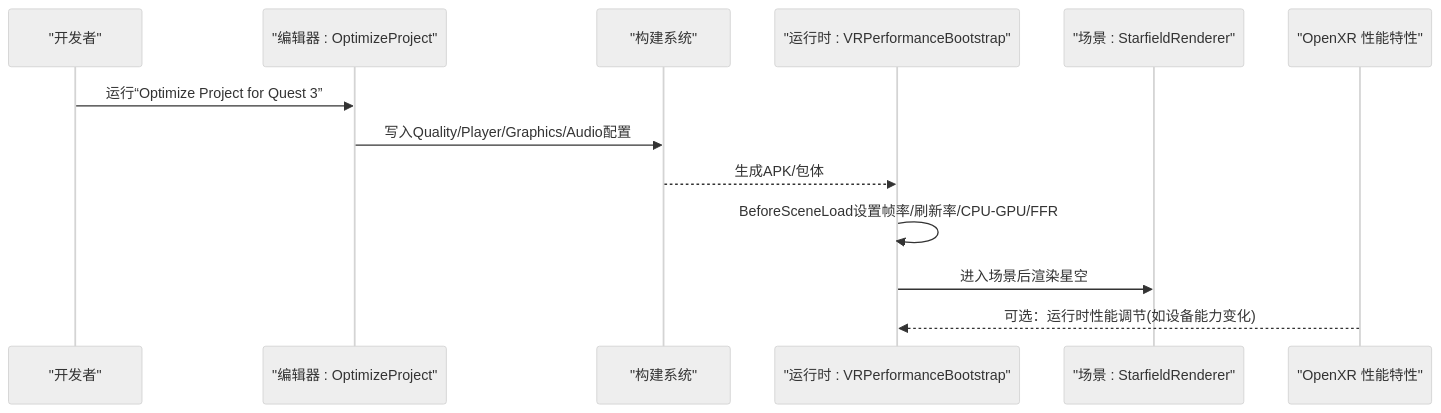
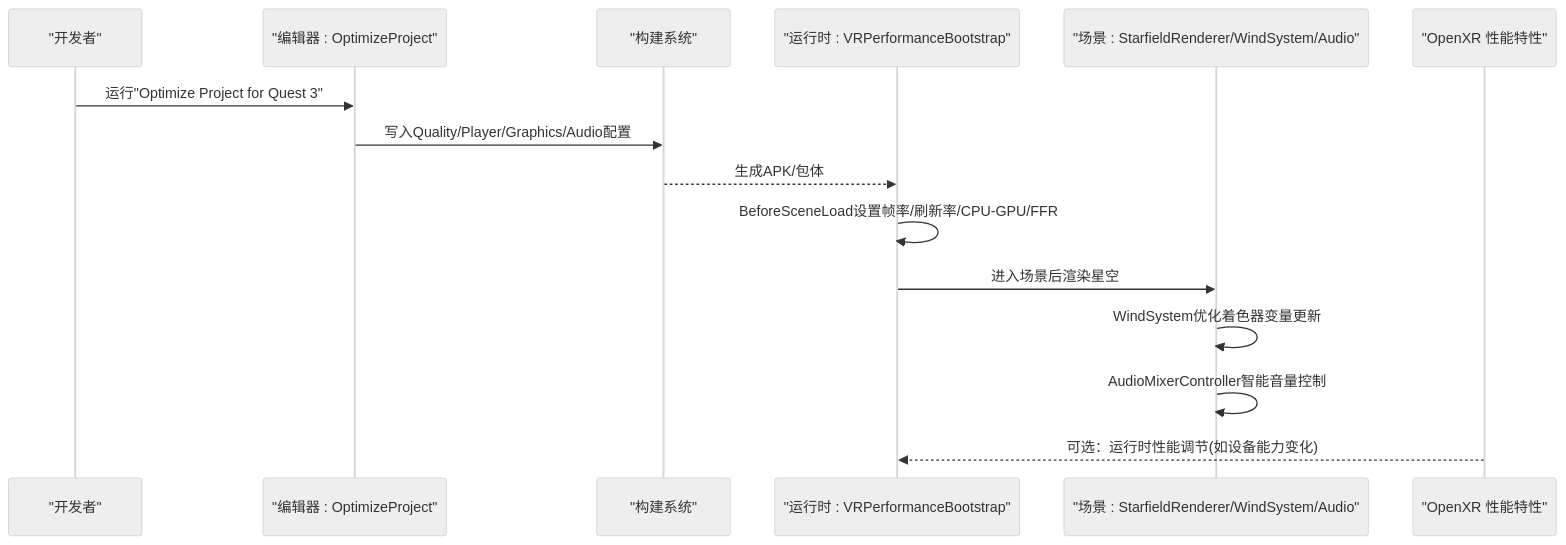
One commit to cpufreestyle/InkRidge changed the second of 8 diagrams in .qoder/repowiki/zh/content/性能优化/性能优化.md. Above: the diagram before and after it, drawn with Mermaid (neutral theme). The commit also changed other lines of this file and 17 other files, not shown here.

````diff
--- a/.qoder/repowiki/zh/content/性能优化/性能优化.md
+++ b/.qoder/repowiki/zh/content/性能优化/性能优化.md
@@ -86,15 +97,17 @@
 ```mermaid
 sequenceDiagram
 participant Dev as "开发者"
 participant Editor as "编辑器 : OptimizeProject"
 participant Build as "构建系统"
 participant Runtime as "运行时 : VRPerformanceBootstrap"
-participant Scene as "场景 : StarfieldRenderer"
+participant Scene as "场景 : StarfieldRenderer/WindSystem/Audio"
 participant XR as "OpenXR 性能特性"
-Dev->>Editor : 运行“Optimize Project for Quest 3”
+Dev->>Editor : 运行"Optimize Project for Quest 3"
 Editor->>Build : 写入Quality/Player/Graphics/Audio配置
 Build-->>Runtime : 生成APK/包体
 Runtime->>Runtime : BeforeSceneLoad设置帧率/刷新率/CPU-GPU/FFR
 Runtime->>Scene : 进入场景后渲染星空
+Scene->>Scene : WindSystem优化着色器变量更新
+Scene->>Scene : AudioMixerController智能音量控制
 XR-->>Runtime : 可选：运行时性能调节(如设备能力变化)
 ```
````
